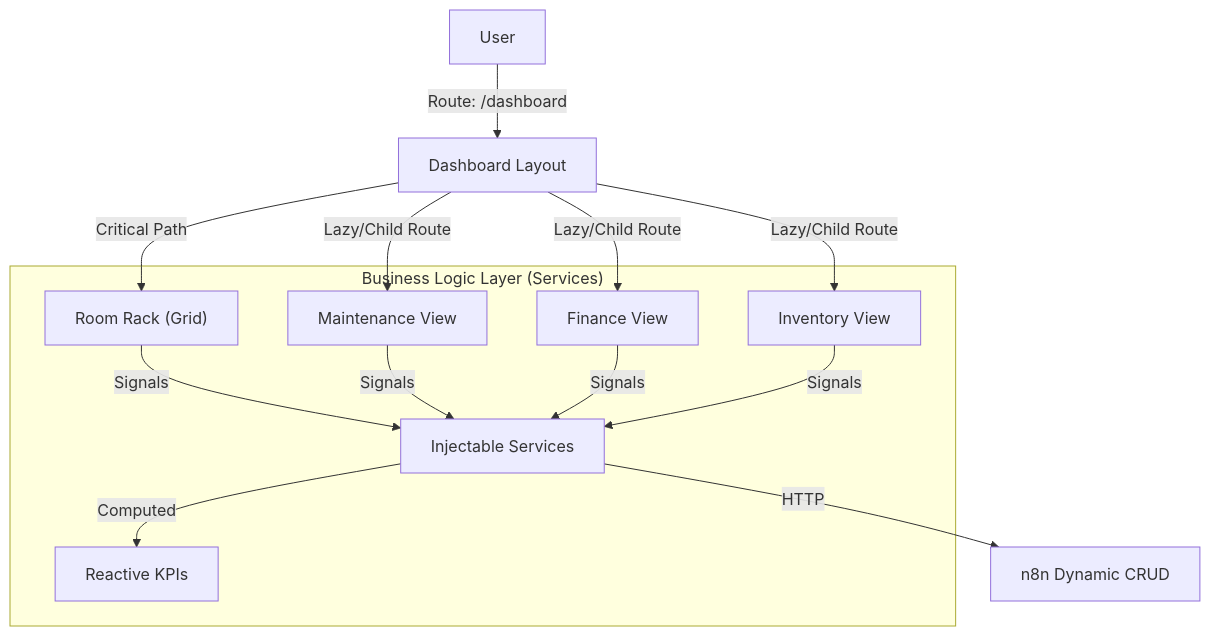
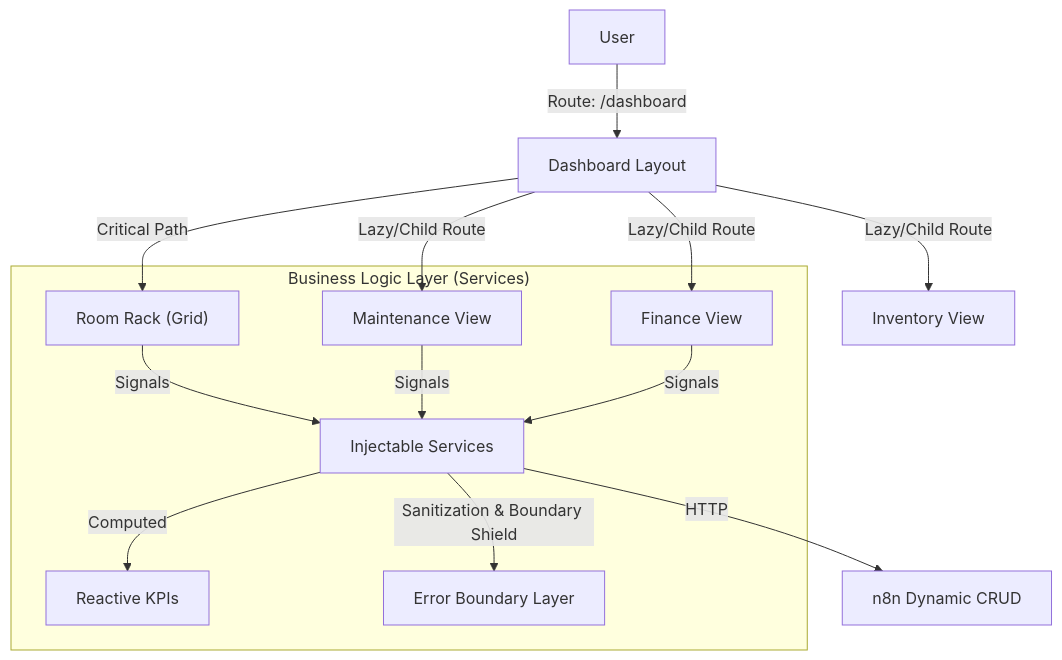
Before and after one commit to fjpimienta/n8n-enterprise-automation-suite: the diagram in hosting3m-workspace/projects/dashboard/ARCHITECTURE.md, drawn with Mermaid. The commit also changed 4 other files, not shown here.

First line of the commit message:
docs(core): update monorepo and dashboard architecture documentation for v1.2.0 release

````diff
--- a/hosting3m-workspace/projects/dashboard/ARCHITECTURE.md
+++ b/hosting3m-workspace/projects/dashboard/ARCHITECTURE.md
@@ -16,15 +16,16 @@
 ```mermaid
 graph TD
     User -->|"Route: /dashboard"| Layout["Dashboard Layout"]
     Layout -->|"Critical Path"| Rooms["Room Rack (Grid)"]
     Layout -->|"Lazy/Child Route"| Maint["Maintenance View"]
     Layout -->|"Lazy/Child Route"| Fin["Finance View"]
     Layout -->|"Lazy/Child Route"| Inv["Inventory View"]
     
     subgraph "Business Logic Layer (Services)"
-       Rooms & Maint & Fin & Inv -->|Signals| Services["Injectable Services"]
+       Rooms & Maint & Fin -->|Signals| Services["Injectable Services"]
        Services -->|Computed| KPIs["Reactive KPIs"]
+       Services -->|Sanitization & Boundary Shield| Gateway["Error Boundary Layer"]
     end
     
     Services -->|HTTP| API["n8n Dynamic CRUD"]
 ```
````
